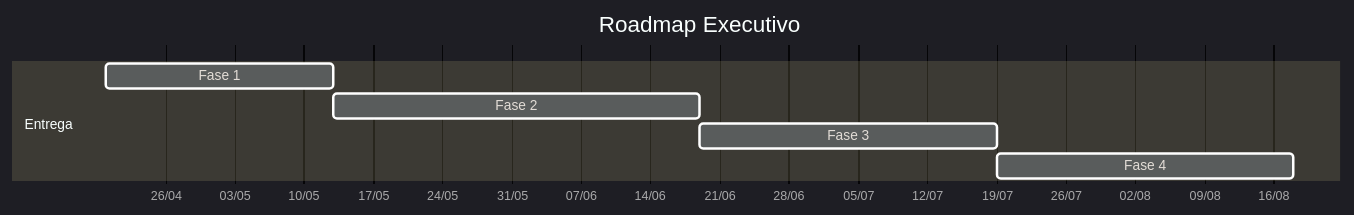
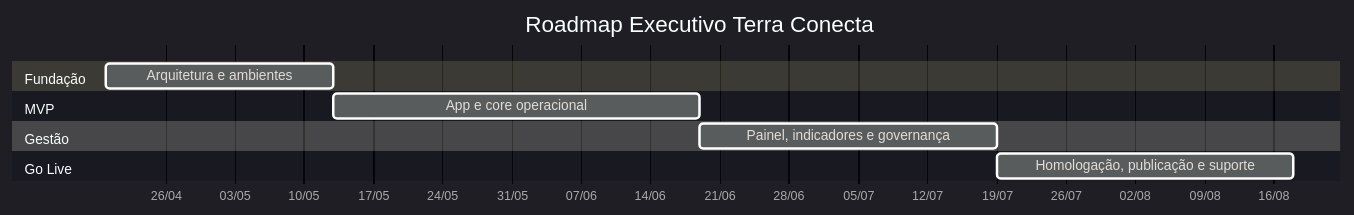
The eighth of 8 diagrams in test.md (matheusdiamantino-betalent/questions-ai), drawn with Mermaid before and after one commit. The commit also changed other lines of this file, not shown here.

````diff
--- a/test.md
+++ b/test.md
@@ -510,20 +816,23 @@
 ```mermaid
 %%{init: {
 'theme':'dark',
 'themeVariables':{
 'background':'#040814',
 'primaryColor':'#22D3EE',
 'primaryTextColor':'#F8FAFC',
 'primaryBorderColor':'#39FF14',
 'lineColor':'#A855F7'
 }}}%%
 gantt
-title Roadmap Executivo
+title Roadmap Executivo Terra Conecta
 dateFormat YYYY-MM-DD
 axisFormat %d/%m
-section Entrega
-Fase 1 :a1, 2026-04-20, 23d
-Fase 2 :a2, after a1, 37d
-Fase 3 :a3, after a2, 30d
-Fase 4 :a4, after a3, 30d
+section Fundação
+Arquitetura e ambientes :a1, 2026-04-20, 23d
+section MVP
+App e core operacional :a2, after a1, 37d
+section Gestão
+Painel, indicadores e governança :a3, after a2, 30d
+section Go Live
+Homologação, publicação e suporte :a4, after a3, 30d
 ```
````
